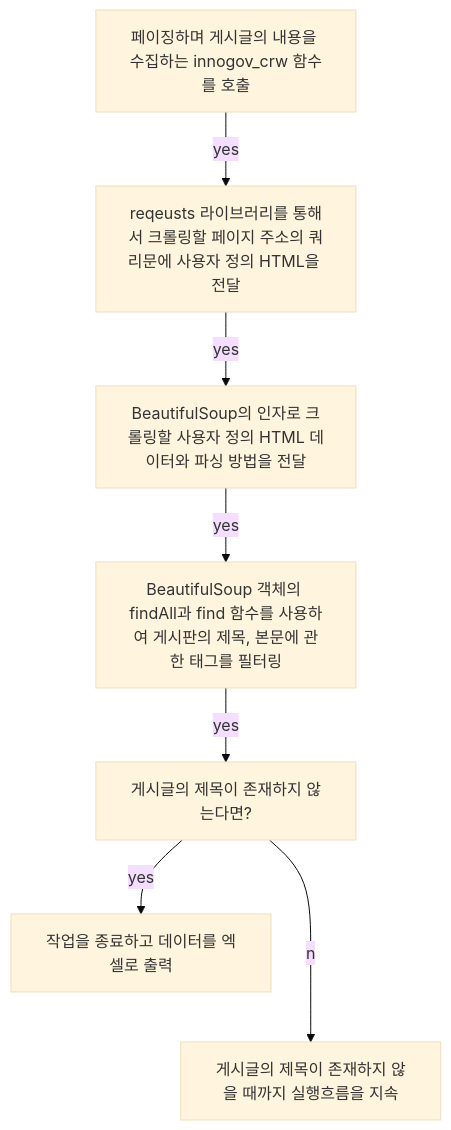
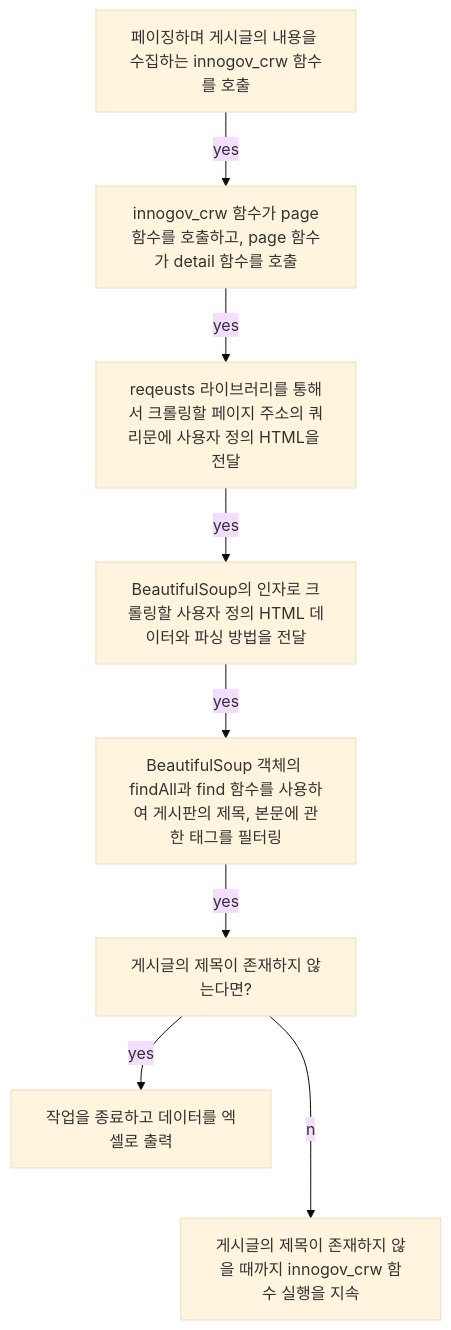
Before and after one commit to mchaemil/mchaemil.github.io: the third of 3 diagrams in _posts/2019-12-09-python-web-crawling.md, drawn with Mermaid (base theme).

Commit message:
update post

````diff
--- a/_posts/2019-12-09-python-web-crawling.md
+++ b/_posts/2019-12-09-python-web-crawling.md
@@ -162,18 +162,19 @@
 ```mermaid
 graph TB;
     A[페이징하며 게시글의 내용을 수집하는 innogov_crw 함수를 호출]
 	B[innogov_crw 함수가 page함수를 호출하고, page 함수가 detail 함수를 호출]
-    B[reqeusts 라이브러리를 통해서 크롤링할 페이지 주소의 쿼리문에 사용자 정의 HTML을 전달]
-	C[BeautifulSoup의 인자로 크롤링할 사용자 정의 HTML 데이터와 파싱 방법을 전달]    
-    D[BeautifulSoup 객체의 findAll과 find 함수를 사용하여 게시판의 제목, 본문에 관한 태그를 필터링]	
-	E[게시글의 제목이 존재하지 않는다면?]
-	F[작업을 종료하고 데이터를 엑셀로 출력]
-	G[게시글의 제목이 존재하지 않을 때까지 실행흐름을 지속]	
+    C[reqeusts 라이브러리를 통해서 크롤링할 페이지 주소의 쿼리문에 사용자 정의 HTML을 전달]
+	D[BeautifulSoup의 인자로 크롤링할 사용자 정의 HTML 데이터와 파싱 방법을 전달]    
+    E[BeautifulSoup 객체의 findAll과 find 함수를 사용하여 게시판의 제목, 본문에 관한 태그를 필터링]	
+	F[게시글의 제목이 존재하지 않는다면?]
+	G[작업을 종료하고 데이터를 엑셀로 출력]
+	H[게시글의 제목이 존재하지 않을 때까지 innogov_crw 함수 실행을 지속]	
     A--yes-->B;
     B--yes-->C;
     C--yes-->D;	
     D--yes-->E;
     E--yes-->F;
-    E--no-->G;	
+	F--yes-->G;
+    F--no-->H;	
 	
 ```
````
